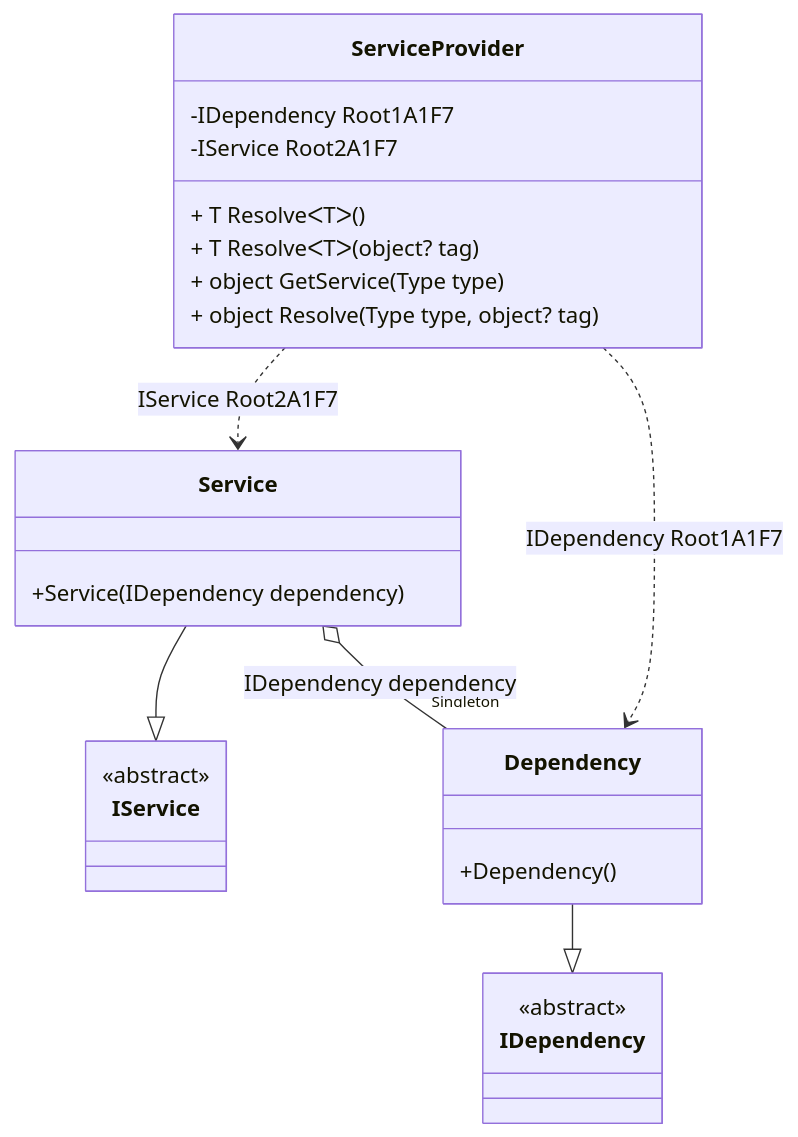
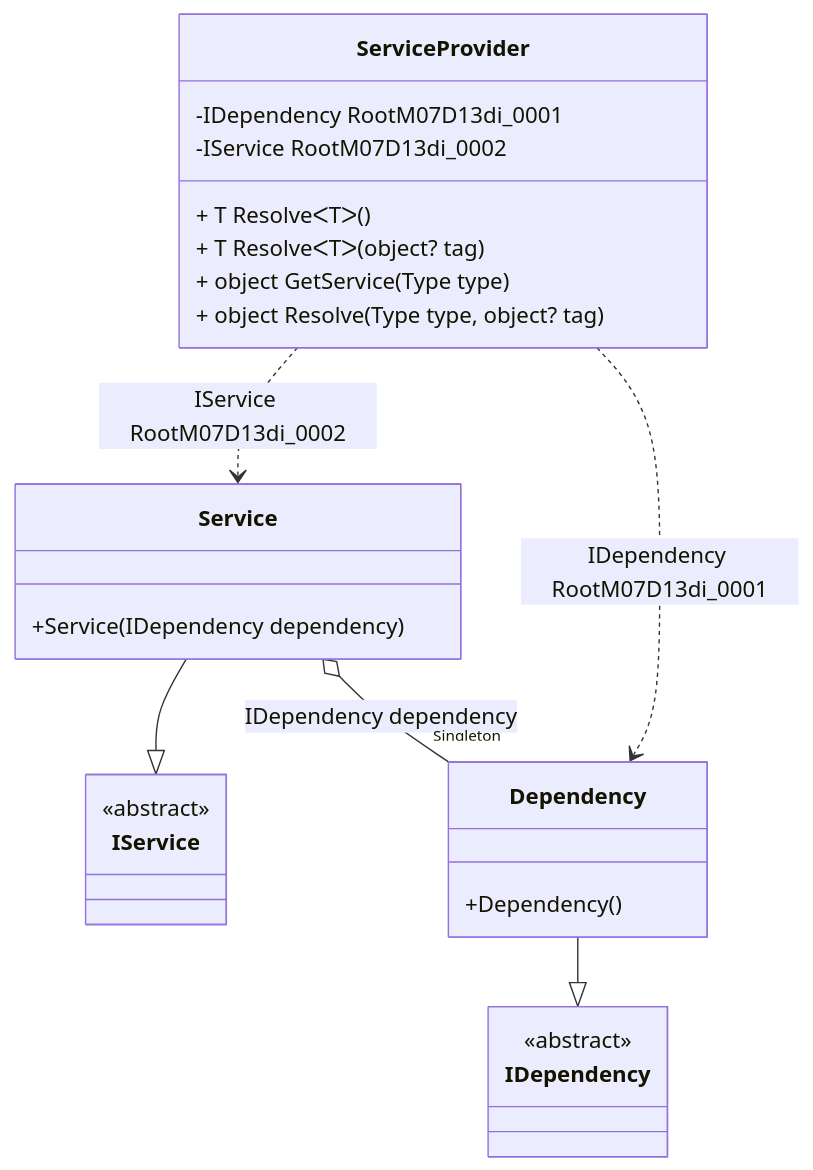
The diagram in readme/service-provider.md (DevTeam/Pure.DI), drawn with Mermaid before and after one commit. The commit also changed other lines of this file and 53 other files, not shown here.

Commit message:
Makes code generation more predictable: Reduces the randomness of variable naming when constructing the object graph.

````diff
--- a/readme/service-provider.md
+++ b/readme/service-provider.md
@@ -50,28 +50,28 @@
 ```mermaid
 classDiagram
   class ServiceProvider {
-    -IDependency Root1A1F7
-    -IService Root2A1F7
+    -IDependency RootM07D13di_0001
+    -IService RootM07D13di_0002
     + T ResolveᐸTᐳ()
     + T ResolveᐸTᐳ(object? tag)
     + object GetService(Type type)
     + object Resolve(Type type, object? tag)
   }
   Service --|> IService : 
   class Service {
     +Service(IDependency dependency)
   }
   Dependency --|> IDependency : 
   class Dependency {
     +Dependency()
   }
   class IService {
     <<abstract>>
   }
   class IDependency {
     <<abstract>>
   }
   Service o--  "Singleton" Dependency : IDependency dependency
-  ServiceProvider ..> Dependency : IDependency Root1A1F7
-  ServiceProvider ..> Service : IService Root2A1F7
+  ServiceProvider ..> Dependency : IDependency RootM07D13di_0001
+  ServiceProvider ..> Service : IService RootM07D13di_0002
 ```
````
